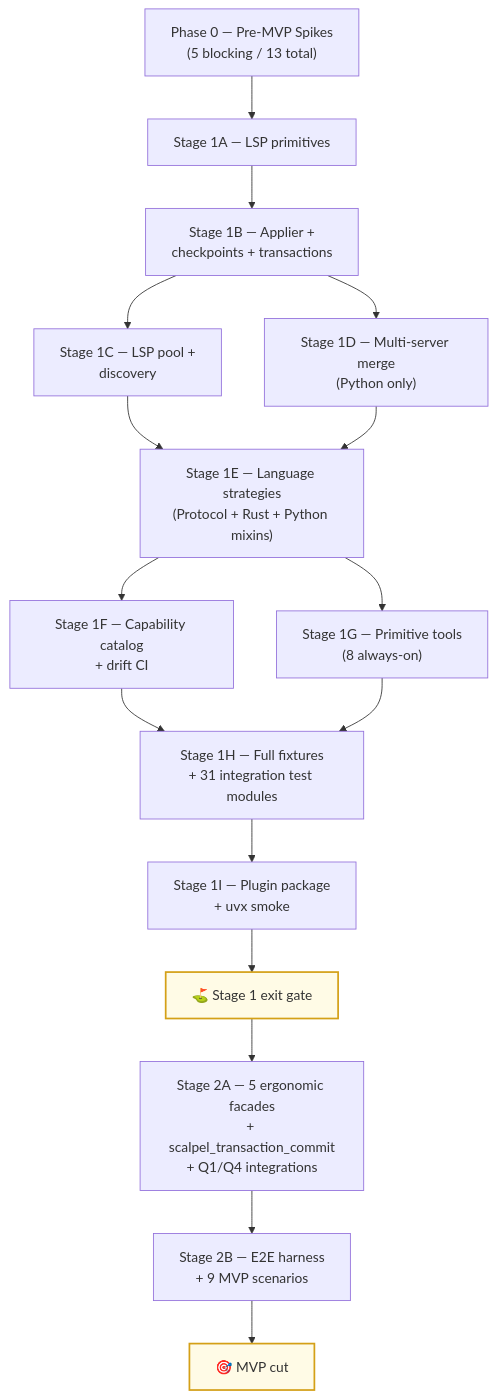
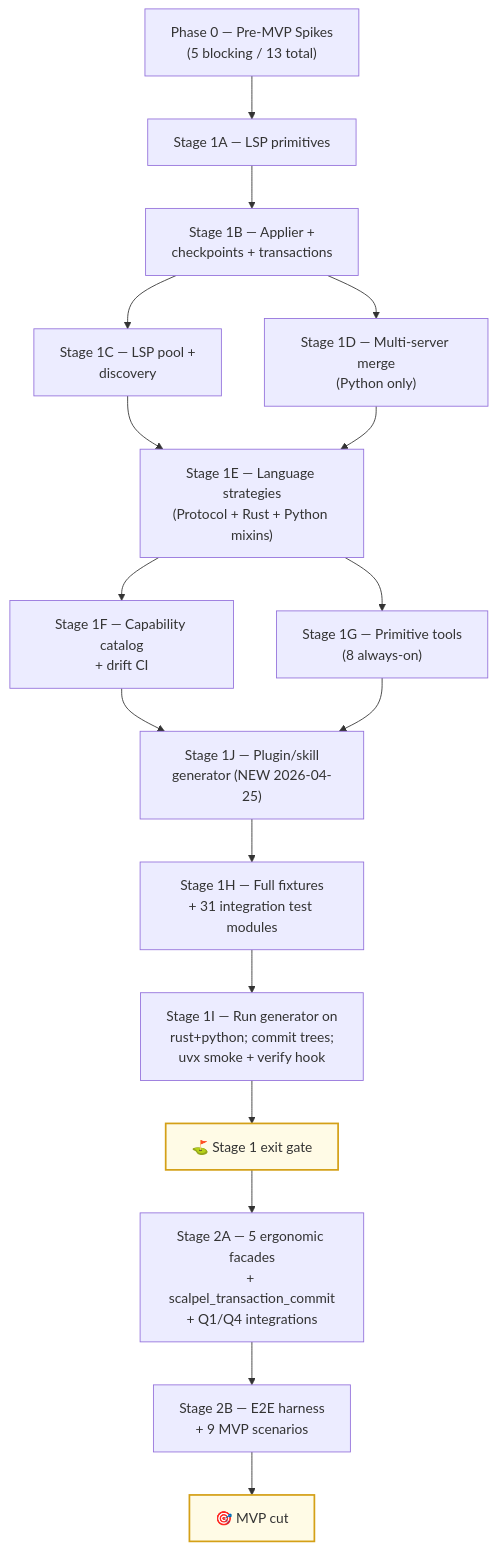
Before and after one commit to o2alexanderfedin/o2-scalpel: the diagram in docs/superpowers/plans/2026-04-24-mvp-execution-index.md, drawn with Mermaid. The commit also changed other lines of this file, not shown here.

First line of the commit message:
docs(index): insert Stage 1J (plugin/skill generator) + refactor Stage 1I

````diff
--- a/docs/superpowers/plans/2026-04-24-mvp-execution-index.md
+++ b/docs/superpowers/plans/2026-04-24-mvp-execution-index.md
@@ -40,36 +41,38 @@
 ```mermaid
 flowchart TD
     P0["Phase 0 — Pre-MVP Spikes<br/>(5 blocking / 13 total)"]
     S1A["Stage 1A — LSP primitives"]
     S1B["Stage 1B — Applier +<br/>checkpoints + transactions"]
     S1C["Stage 1C — LSP pool +<br/>discovery"]
     S1D["Stage 1D — Multi-server merge<br/>(Python only)"]
     S1E["Stage 1E — Language strategies<br/>(Protocol + Rust + Python mixins)"]
     S1F["Stage 1F — Capability catalog<br/>+ drift CI"]
     S1G["Stage 1G — Primitive tools<br/>(8 always-on)"]
+    S1J["Stage 1J — Plugin/skill<br/>generator (NEW 2026-04-25)"]
     S1H["Stage 1H — Full fixtures<br/>+ 31 integration test modules"]
-    S1I["Stage 1I — Plugin package<br/>+ uvx smoke"]
+    S1I["Stage 1I — Run generator on<br/>rust+python; commit trees;<br/>uvx smoke + verify hook"]
     S1Gate["⛳ Stage 1 exit gate"]
     S2A["Stage 2A — 5 ergonomic facades<br/>+ scalpel_transaction_commit<br/>+ Q1/Q4 integrations"]
     S2B["Stage 2B — E2E harness<br/>+ 9 MVP scenarios"]
     MVP["🎯 MVP cut"]
 
     P0 --> S1A
     S1A --> S1B
     S1B --> S1C
     S1B --> S1D
     S1C --> S1E
     S1D --> S1E
     S1E --> S1F
     S1E --> S1G
-    S1F --> S1H
-    S1G --> S1H
+    S1F --> S1J
+    S1G --> S1J
+    S1J --> S1H
     S1H --> S1I
     S1I --> S1Gate
     S1Gate --> S2A
     S2A --> S2B
     S2B --> MVP
 
     classDef gate fill:#fffbe6,stroke:#d4a017,stroke-width:2px
     class S1Gate,MVP gate
 ```
````
